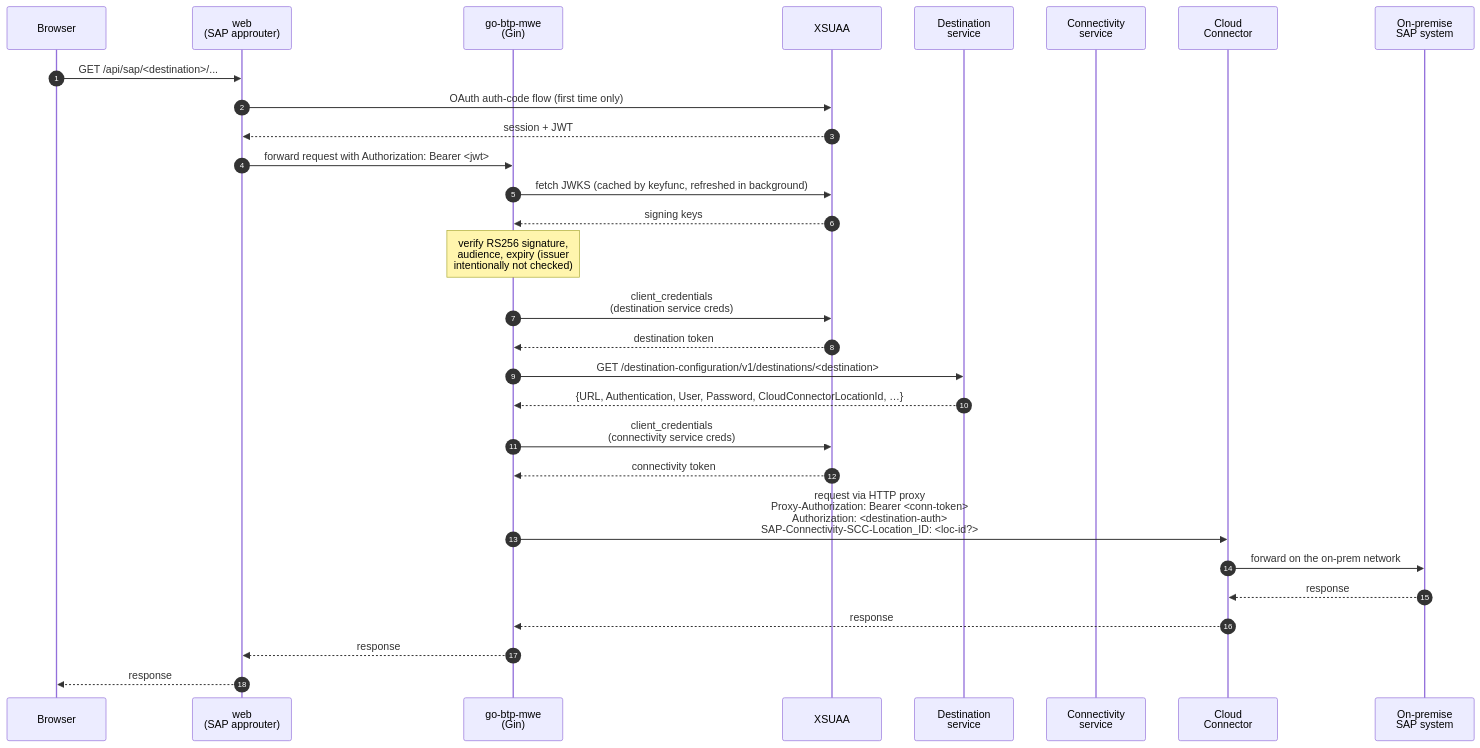
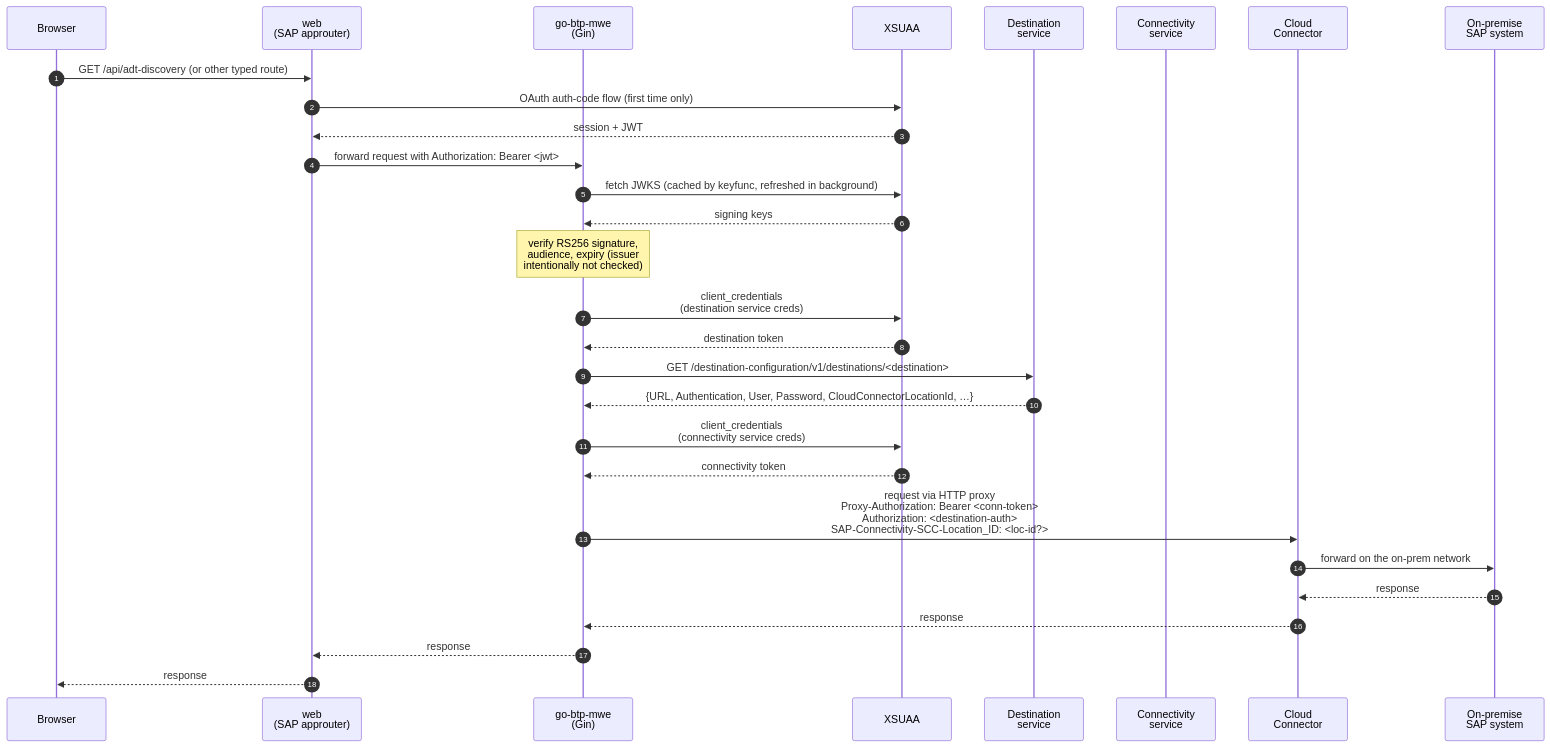
The second of 2 diagrams in README.md (Hochfrequenz/go-sap-btp-cf-template), drawn with Mermaid before and after one commit. The commit also changed other lines of this file and 7 other files, not shown here.

First line of the commit message:
refactor: constrained-proxy showcase — drop transparent /api/sap, ship typed demos (#42)

````diff
--- a/README.md
+++ b/README.md
@@ -760,35 +767,35 @@
 ```mermaid
 sequenceDiagram
     autonumber
     participant Browser
     participant AR as web<br/>(SAP approuter)
     participant Go as go-btp-mwe<br/>(Gin)
     participant XSUAA
     participant Dest as Destination<br/>service
     participant Conn as Connectivity<br/>service
     participant CC as Cloud<br/>Connector
     participant SAP as On-premise<br/>SAP system
 
-    Browser->>AR: GET /api/sap/<destination>/...
+    Browser->>AR: GET /api/adt-discovery (or other typed route)
     AR->>XSUAA: OAuth auth-code flow (first time only)
     XSUAA-->>AR: session + JWT
     AR->>Go: forward request with Authorization: Bearer <jwt>
     Go->>XSUAA: fetch JWKS (cached by keyfunc, refreshed in background)
     XSUAA-->>Go: signing keys
     Note over Go: verify RS256 signature,<br/>audience, expiry (issuer<br/>intentionally not checked)
 
     Go->>XSUAA: client_credentials<br/>(destination service creds)
     XSUAA-->>Go: destination token
     Go->>Dest: GET /destination-configuration/v1/destinations/<destination>
     Dest-->>Go: {URL, Authentication, User, Password, CloudConnectorLocationId, …}
 
     Go->>XSUAA: client_credentials<br/>(connectivity service creds)
     XSUAA-->>Go: connectivity token
 
     Go->>CC: request via HTTP proxy<br/>Proxy-Authorization: Bearer <conn-token><br/>Authorization: <destination-auth><br/>SAP-Connectivity-SCC-Location_ID: <loc-id?>
     CC->>SAP: forward on the on-prem network
     SAP-->>CC: response
     CC-->>Go: response
     Go-->>AR: response
     AR-->>Browser: response
 ```
````
